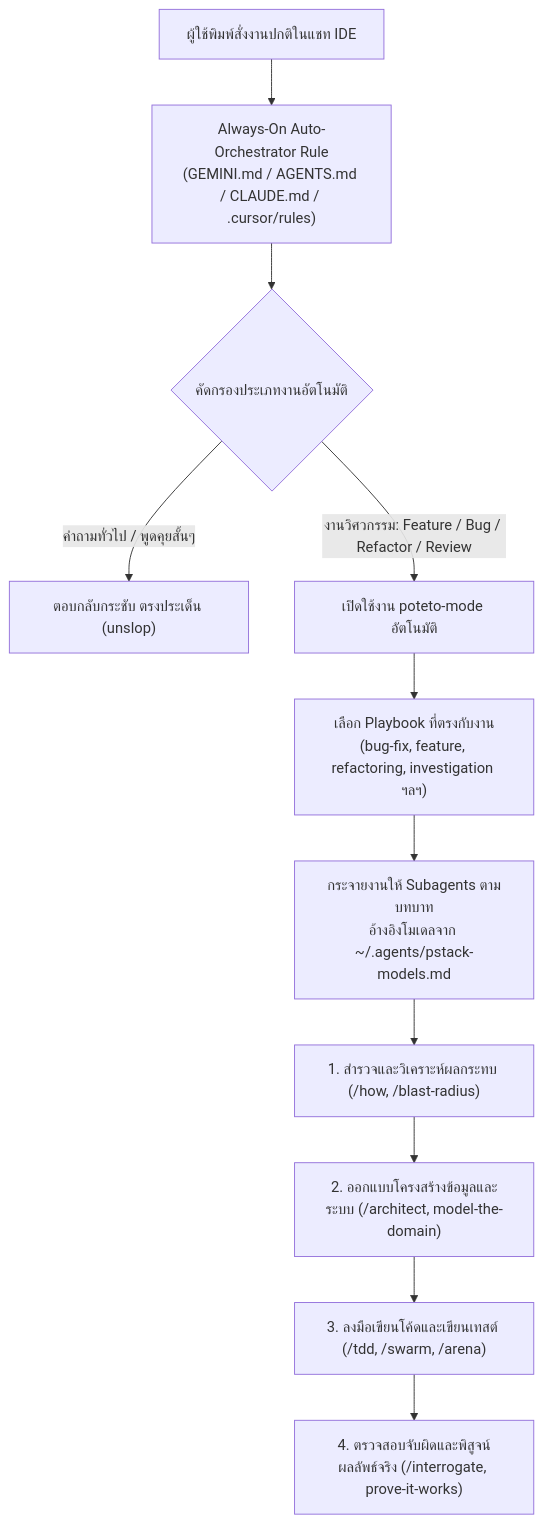
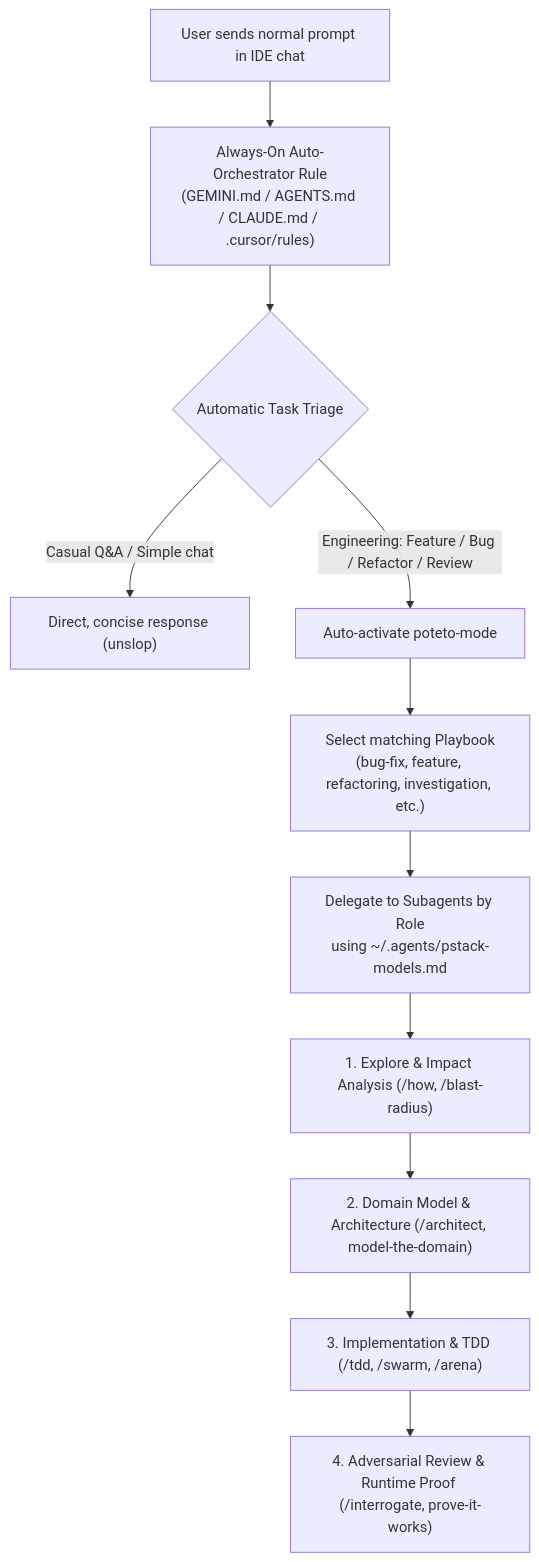
The diagram in README.md (souklaos8899-lgtm/Autonomous-AI-Coding-Agent-System-Pstack), drawn with Mermaid before and after one commit. The commit also changed other lines of this file and 1 other file, not shown here.

````diff
--- a/README.md
+++ b/README.md
@@ -20,16 +24,16 @@
 ```mermaid
 flowchart TD
-    User["ผู้ใช้พิมพ์สั่งงานปกติในแชท IDE"] --> AutoRule["Always-On Auto-Orchestrator Rule<br/>(GEMINI.md / AGENTS.md / CLAUDE.md / .cursor/rules)"]
-    AutoRule --> Decision{"คัดกรองประเภทงานอัตโนมัติ"}
+    User["User sends normal prompt in IDE chat"] --> AutoRule["Always-On Auto-Orchestrator Rule<br/>(GEMINI.md / AGENTS.md / CLAUDE.md / .cursor/rules)"]
+    AutoRule --> Decision{"Automatic Task Triage"}
     
-    Decision -->|คำถามทั่วไป / พูดคุยสั้นๆ| Direct["ตอบกลับกระชับ ตรงประเด็น (unslop)"]
-    Decision -->|งานวิศวกรรม: Feature / Bug / Refactor / Review| PotetoMode["เปิดใช้งาน poteto-mode อัตโนมัติ"]
+    Decision -->|Casual Q&A / Simple chat| Direct["Direct, concise response (unslop)"]
+    Decision -->|Engineering: Feature / Bug / Refactor / Review| PotetoMode["Auto-activate poteto-mode"]
     
-    PotetoMode --> Playbook["เลือก Playbook ที่ตรงกับงาน<br/>(bug-fix, feature, refactoring, investigation ฯลฯ)"]
-    Playbook --> Subagents["กระจายงานให้ Subagents ตามบทบาท<br/>อ้างอิงโมเดลจาก ~/.agents/pstack-models.md"]
+    PotetoMode --> Playbook["Select matching Playbook<br/>(bug-fix, feature, refactoring, investigation, etc.)"]
+    Playbook --> Subagents["Delegate to Subagents by Role<br/>using ~/.agents/pstack-models.md"]
     
-    Subagents --> Step1["1. สำรวจและวิเคราะห์ผลกระทบ (/how, /blast-radius)"]
-    Step1 --> Step2["2. ออกแบบโครงสร้างข้อมูลและระบบ (/architect, model-the-domain)"]
-    Step2 --> Step3["3. ลงมือเขียนโค้ดและเขียนเทสต์ (/tdd, /swarm, /arena)"]
-    Step3 --> Step4["4. ตรวจสอบจับผิดและพิสูจน์ผลลัพธ์จริง (/interrogate, prove-it-works)"]
+    Subagents --> Step1["1. Explore & Impact Analysis (/how, /blast-radius)"]
+    Step1 --> Step2["2. Domain Model & Architecture (/architect, model-the-domain)"]
+    Step2 --> Step3["3. Implementation & TDD (/tdd, /swarm, /arena)"]
+    Step3 --> Step4["4. Adversarial Review & Runtime Proof (/interrogate, prove-it-works)"]
 ```
````
